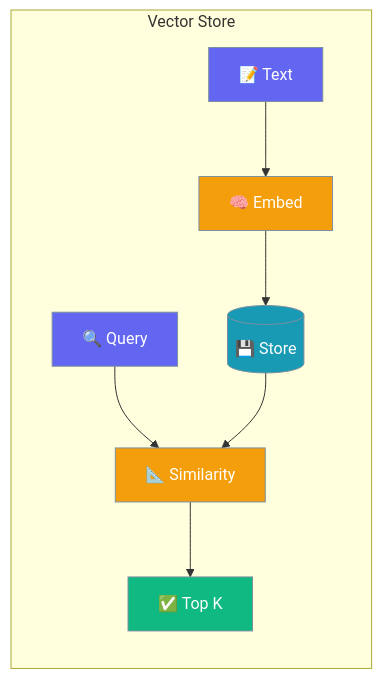
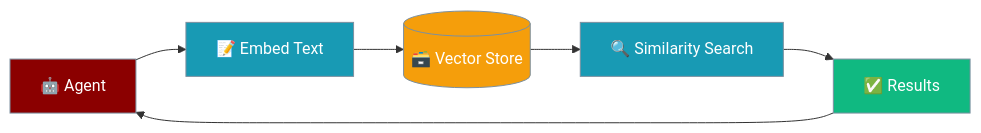
Before and after one commit to MervinPraison/PraisonAIDocs: the first of 2 diagrams in docs/features/vector-store.mdx, drawn with Mermaid. The commit also changed other lines of this file and 75 other files, not shown here.

First line of the commit message:
docs: align features pages with AGENTS.md standards + vector-store page (fixes #931)

````diff
--- a/docs/features/vector-store.mdx
+++ b/docs/features/vector-store.mdx
@@ -10,20 +10,18 @@
 ```mermaid
 graph LR
-    subgraph "Vector Store"
-        Text[📝 Text] --> Embed[🧠 Embed]
-        Embed --> Store[(💾 Store)]
-        Query[🔍 Query] --> Sim[📐 Similarity]
-        Store --> Sim
-        Sim --> Results[✅ Top K]
-    end
+    A[🤖 Agent] --> B[📝 Embed Text]
+    B --> C[(🗃️ Vector Store)]
+    C --> D[🔍 Similarity Search]
+    D --> E[✅ Results]
+    E --> A
 
-    classDef input fill:#6366F1,stroke:#7C90A0,color:#fff
-    classDef process fill:#F59E0B,stroke:#7C90A0,color:#fff
-    classDef store fill:#189AB4,stroke:#7C90A0,color:#fff
+    classDef agent fill:#8B0000,stroke:#7C90A0,color:#fff
+    classDef process fill:#189AB4,stroke:#7C90A0,color:#fff
+    classDef store fill:#F59E0B,stroke:#7C90A0,color:#fff
     classDef output fill:#10B981,stroke:#7C90A0,color:#fff
 
-    class Text,Query input
-    class Embed,Sim process
-    class Store store
-    class Results output
+    class A agent
+    class B,D process
+    class C store
+    class E output
 ```
````
